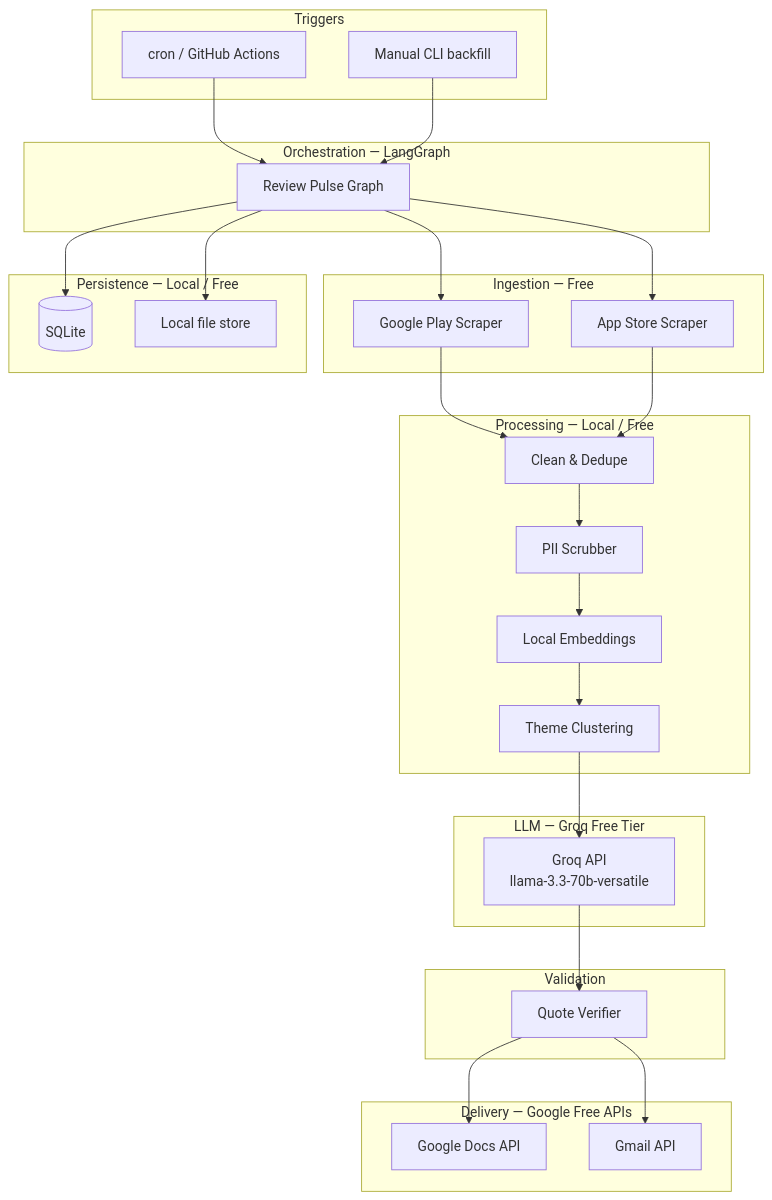
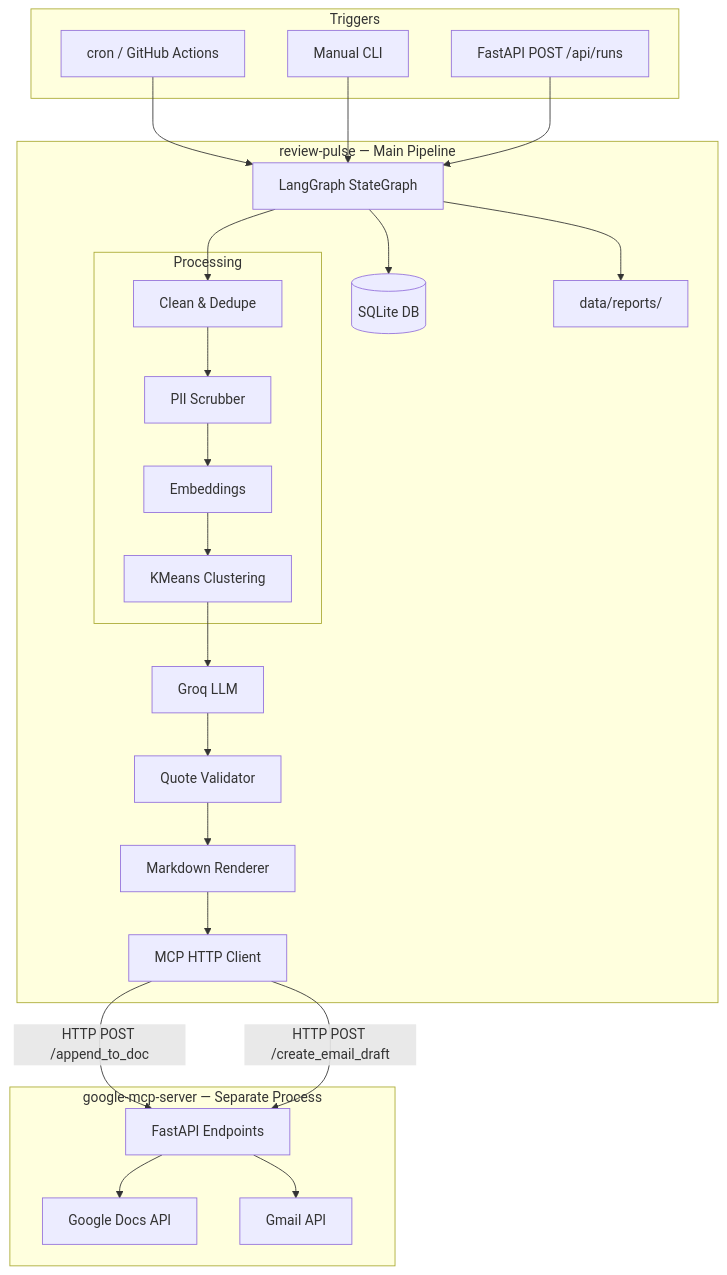
The first of 2 diagrams in docs/architecture.md (tambeaditya101/review-pulse-backend), drawn with Mermaid before and after one commit. The commit also changed other lines of this file and 6 other files, not shown here.

````diff
--- a/docs/architecture.md
+++ b/docs/architecture.md
@@ -49,49 +55,40 @@
 ```mermaid
 flowchart TB
     subgraph triggers [Triggers]
         CRON[cron / GitHub Actions]
-        CLI[Manual CLI backfill]
+        CLI[Manual CLI]
+        APITRIG[FastAPI POST /api/runs]
     end
 
-    subgraph orchestration [Orchestration — LangGraph]
-        GRAPH[Review Pulse Graph]
+    subgraph pipeline [review-pulse — Main Pipeline]
+        GRAPH[LangGraph StateGraph]
+        subgraph process [Processing]
+            CLEAN[Clean & Dedupe]
+            PII[PII Scrubber]
+            EMB[Embeddings]
+            CLU[KMeans Clustering]
+        end
+        GROQ[Groq LLM]
+        QV[Quote Validator]
+        MD[Markdown Renderer]
+        MCP[MCP HTTP Client]
+        SQLITE[(SQLite DB)]
+        FS[data/reports/]
     end
 
-    subgraph ingest [Ingestion — Free]
-        GP[Google Play Scraper]
-        AS[App Store Scraper]
-    end
-
-    subgraph process [Processing — Local / Free]
-        CLEAN[Clean & Dedupe]
-        PII[PII Scrubber]
-        EMB[Local Embeddings]
-        CLU[Theme Clustering]
-    end
-
-    subgraph llm [LLM — Groq Free Tier]
-        GROQ[Groq API<br/>llama-3.3-70b-versatile]
-    end
-
-    subgraph validate [Validation]
-        QV[Quote Verifier]
-    end
-
-    subgraph deliver [Delivery — Google Free APIs]
+    subgraph mcpsrv [google-mcp-server — Separate Process]
+        MCPAPI[FastAPI Endpoints]
         DOCS[Google Docs API]
         GMAIL[Gmail API]
     end
 
-    subgraph storage [Persistence — Local / Free]
-        SQLITE[(SQLite)]
-        FS[Local file store]
-    end
-
     CRON --> GRAPH
     CLI --> GRAPH
-    GRAPH --> GP & AS
-    GP & AS --> CLEAN --> PII --> EMB --> CLU
-    CLU --> GROQ --> QV
-    QV --> DOCS & GMAIL
+    APITRIG --> GRAPH
+    GRAPH --> CLEAN --> PII --> EMB --> CLU --> GROQ --> QV --> MD
+    MD --> MCP
+    MCP -->|HTTP POST /append_to_doc| MCPAPI
+    MCP -->|HTTP POST /create_email_draft| MCPAPI
+    MCPAPI --> DOCS & GMAIL
     GRAPH --> SQLITE & FS
 ```
````
